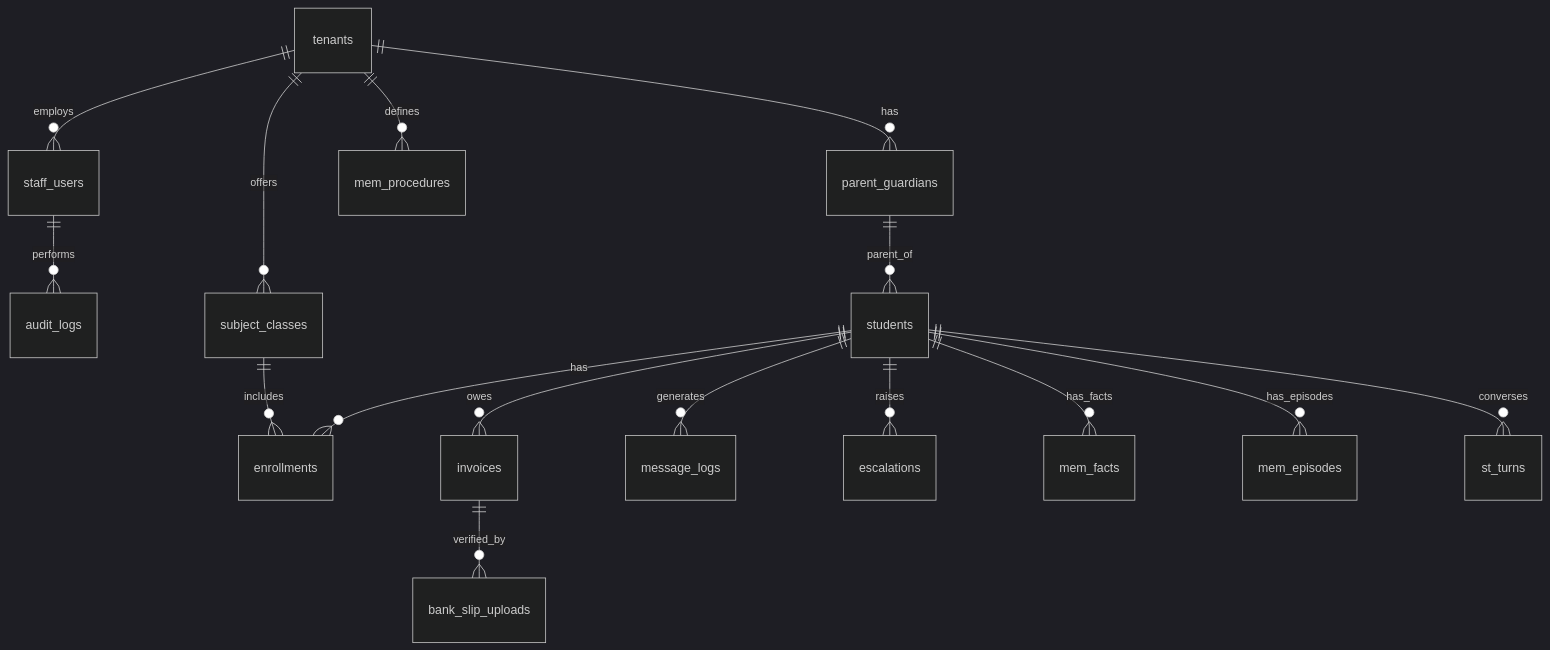
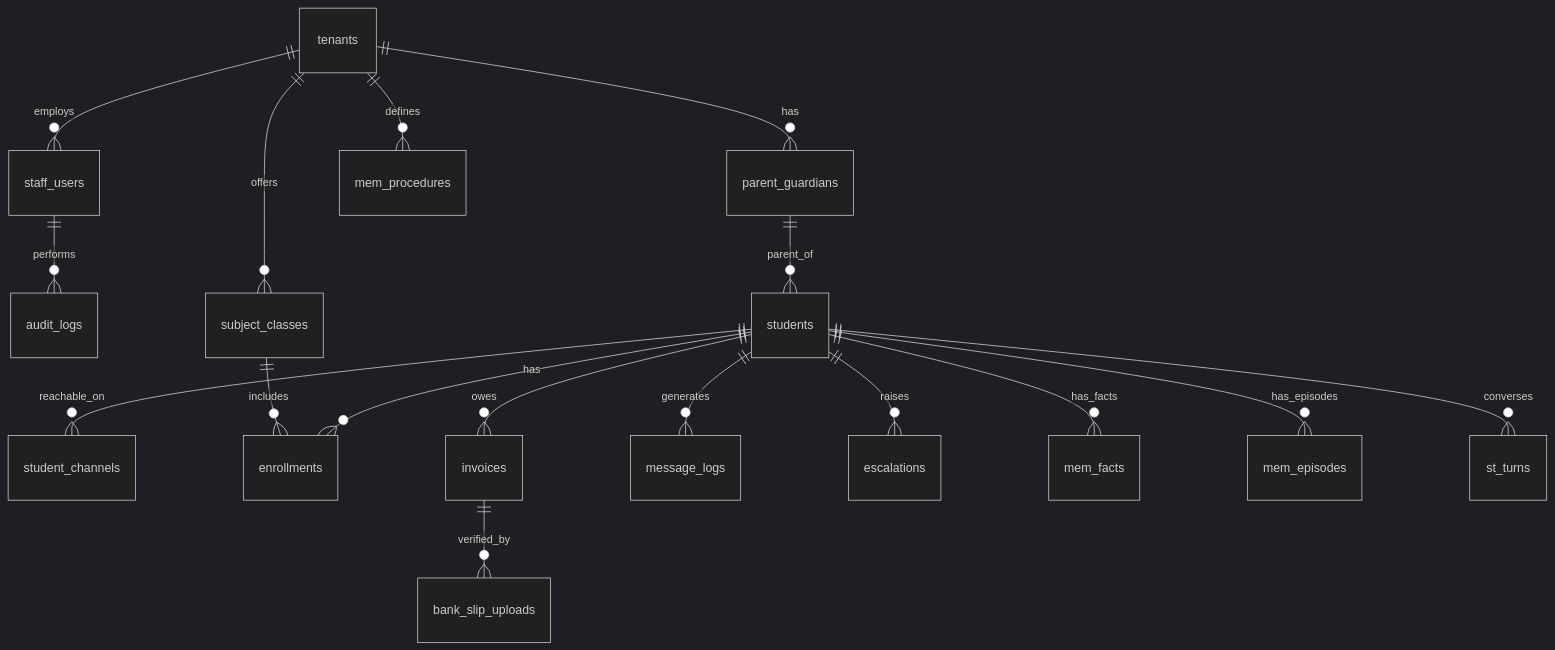
Before and after one commit to Axiom-AI-Agent/Axiom-AI: the diagram in AI-backend/docs/DATABASE.md, drawn with Mermaid (dark theme). The commit also changed other lines of this file and 55 other files, not shown here.

Commit message:
feat(database): add student_channels table and update tenant schema for Telegram integration

````diff
--- a/AI-backend/docs/DATABASE.md
+++ b/AI-backend/docs/DATABASE.md
@@ -44,18 +44,19 @@
 ```mermaid
 erDiagram
     tenants ||--o{ staff_users : employs
     staff_users ||--o{ audit_logs : performs
     tenants ||--o{ parent_guardians : has
     parent_guardians ||--o{ students : parent_of
+    students ||--o{ student_channels : reachable_on
     tenants ||--o{ subject_classes : offers
     students ||--o{ enrollments : has
     subject_classes ||--o{ enrollments : includes
     students ||--o{ invoices : owes
     invoices ||--o{ bank_slip_uploads : verified_by
     students ||--o{ message_logs : generates
     students ||--o{ escalations : raises
     tenants ||--o{ mem_procedures : defines
     students ||--o{ mem_facts : has_facts
     students ||--o{ mem_episodes : has_episodes
     students ||--o{ st_turns : converses
 ```
````
